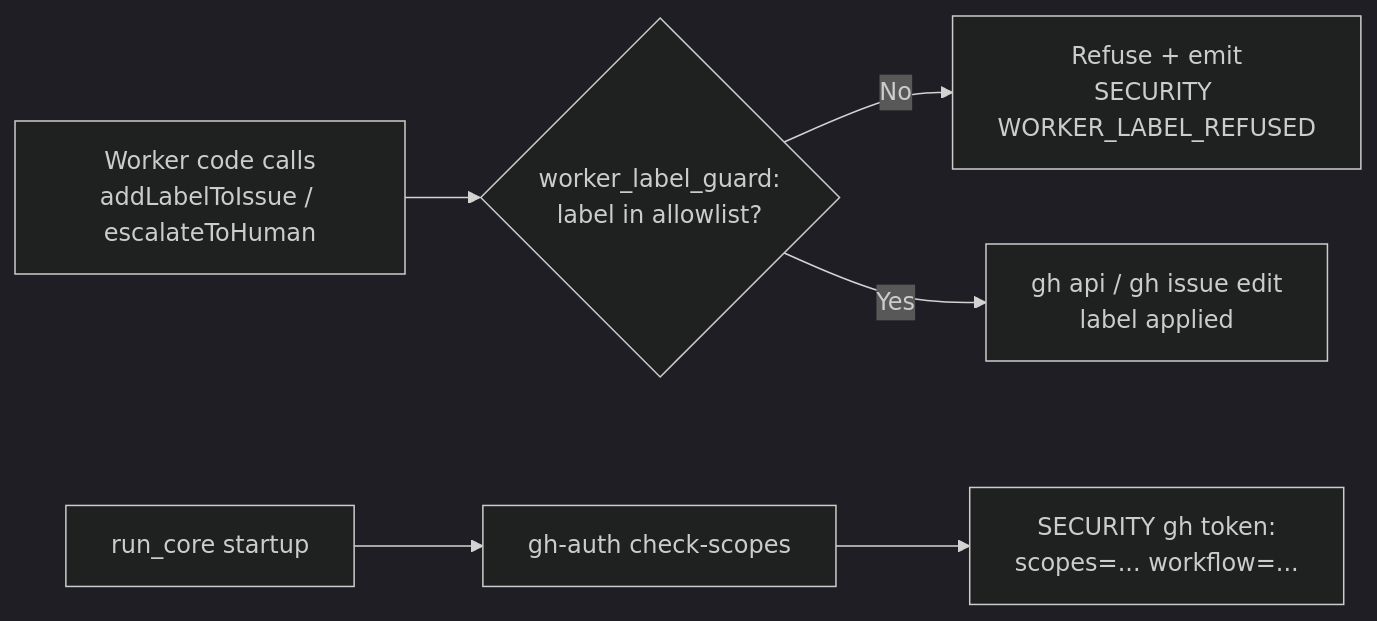
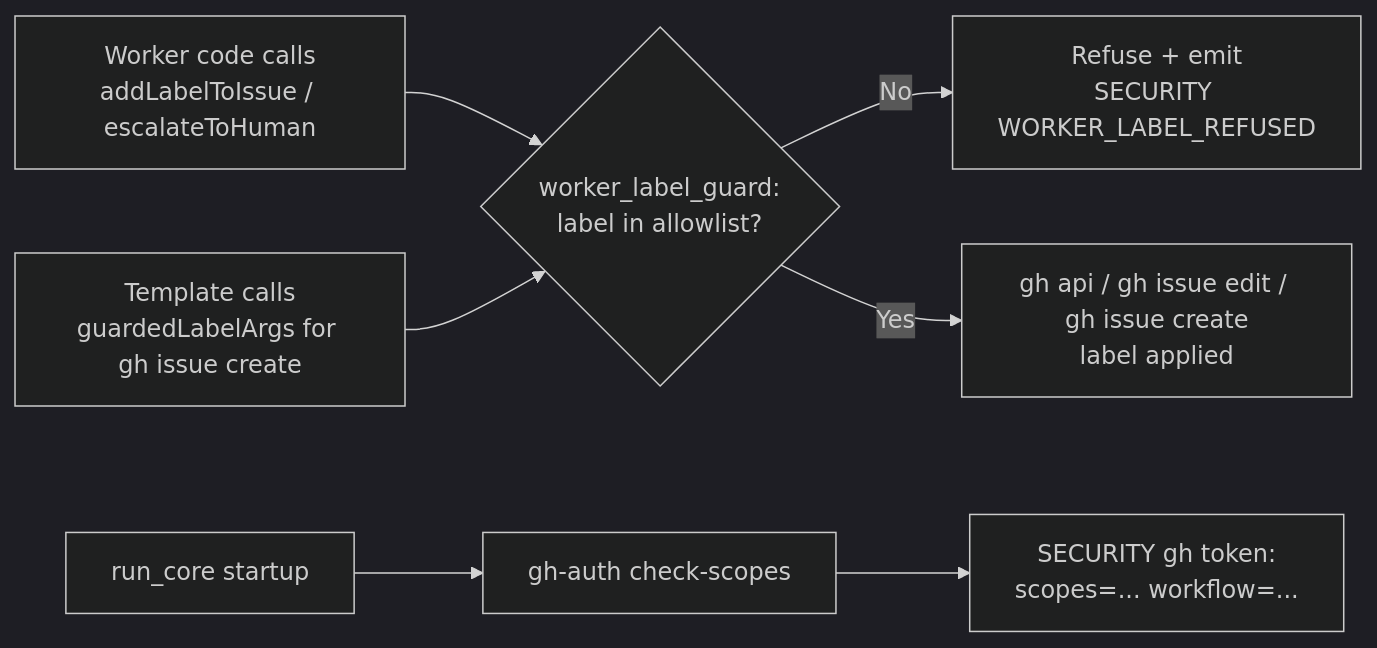
Before and after one commit to stSoftwareAU/VibeCoder: the third of 4 diagrams in docs/AGENT-ACCOUNTABILITY.md, drawn with Mermaid (dark theme). The commit also changed other lines of this file and 145 other files, not shown here.

````diff
--- a/docs/AGENT-ACCOUNTABILITY.md
+++ b/docs/AGENT-ACCOUNTABILITY.md
@@ -857,8 +873,9 @@
 ```mermaid
 flowchart LR
     A[Worker code calls<br/>addLabelToIssue / escalateToHuman] --> B{worker_label_guard:<br/>label in allowlist?}
+    A2[Template calls<br/>guardedLabelArgs for gh issue create] --> B
     B -- No --> C[Refuse + emit<br/>SECURITY WORKER_LABEL_REFUSED]
-    B -- Yes --> D[gh api / gh issue edit<br/>label applied]
+    B -- Yes --> D[gh api / gh issue edit / gh issue create<br/>label applied]
     E[run_core startup] --> F[gh-auth check-scopes]
     F --> G[SECURITY gh token:<br/>scopes=... workflow=...]
 ```
````
